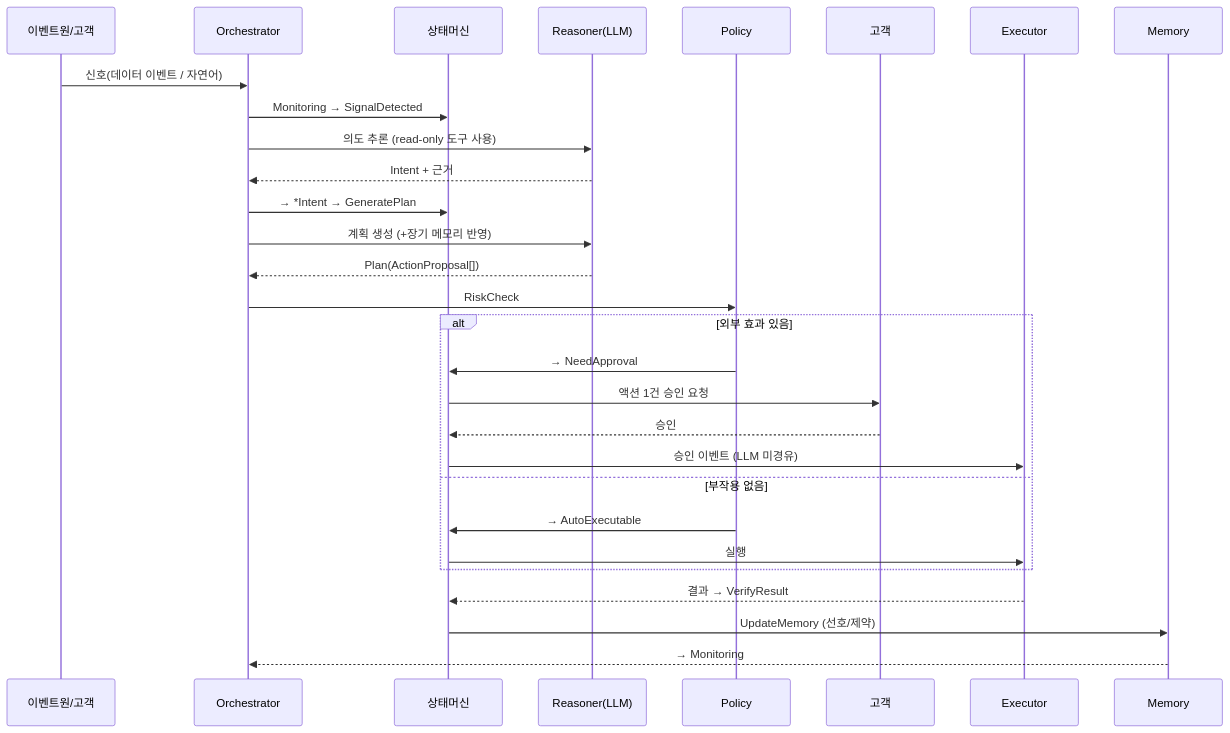
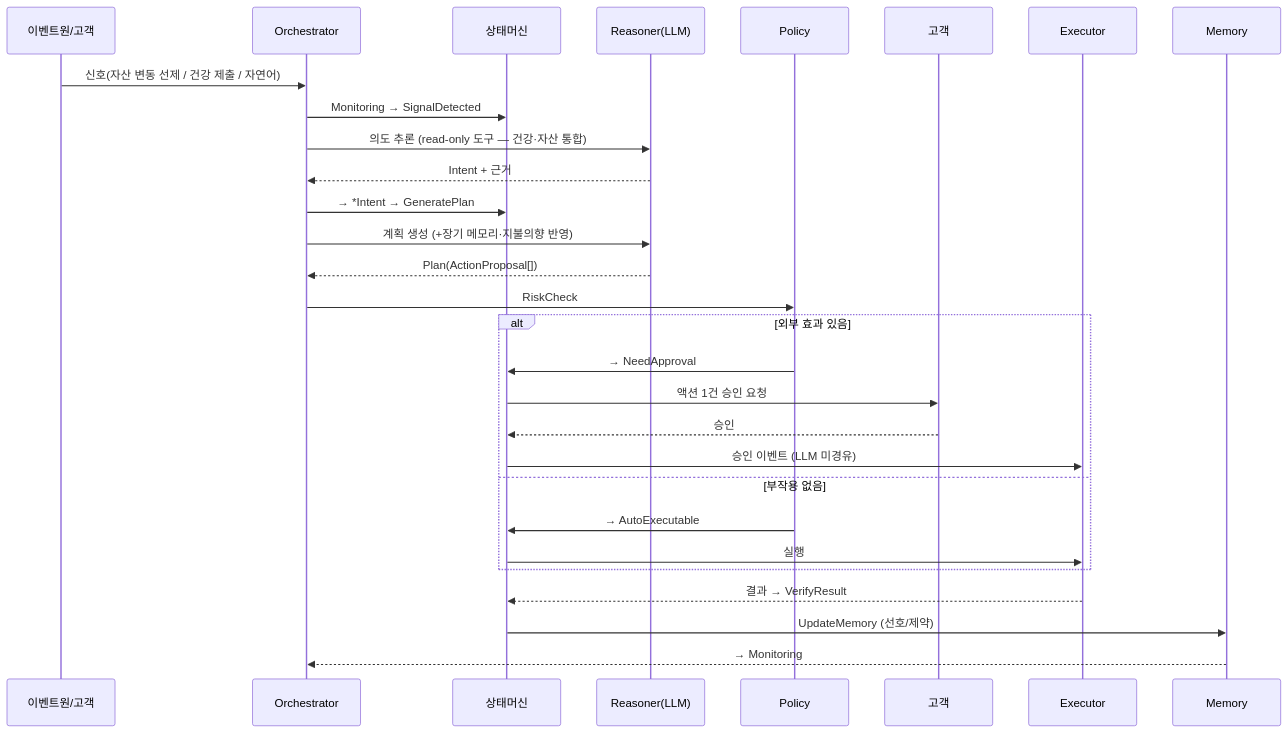
The second of 3 diagrams in docs/02_SYSTEM_ARCHITECTURE.md (YoonMin02/JB-WM-backend), drawn with Mermaid before and after one commit. The commit also changed other lines of this file and 11 other files, not shown here.

````diff
--- a/docs/02_SYSTEM_ARCHITECTURE.md
+++ b/docs/02_SYSTEM_ARCHITECTURE.md
@@ -74,32 +76,32 @@
 ```mermaid
 sequenceDiagram
     participant SRC as 이벤트원/고객
     participant ORCH as Orchestrator
     participant FSM as 상태머신
     participant R as Reasoner(LLM)
     participant POL as Policy
     participant U as 고객
     participant EX as Executor
     participant MEM as Memory
 
-    SRC->>ORCH: 신호(데이터 이벤트 / 자연어)
+    SRC->>ORCH: 신호(자산 변동 선제 / 건강 제출 / 자연어)
     ORCH->>FSM: Monitoring → SignalDetected
-    ORCH->>R: 의도 추론 (read-only 도구 사용)
+    ORCH->>R: 의도 추론 (read-only 도구 — 건강·자산 통합)
     R-->>ORCH: Intent + 근거
     ORCH->>FSM: → *Intent → GeneratePlan
-    ORCH->>R: 계획 생성 (+장기 메모리 반영)
+    ORCH->>R: 계획 생성 (+장기 메모리·지불의향 반영)
     R-->>ORCH: Plan(ActionProposal[])
     ORCH->>POL: RiskCheck
     alt 외부 효과 있음
         POL->>FSM: → NeedApproval
         FSM->>U: 액션 1건 승인 요청
         U-->>FSM: 승인
         FSM->>EX: 승인 이벤트 (LLM 미경유)
     else 부작용 없음
         POL->>FSM: → AutoExecutable
         FSM->>EX: 실행
     end
     EX-->>FSM: 결과 → VerifyResult
     FSM->>MEM: UpdateMemory (선호/제약)
     MEM-->>ORCH: → Monitoring
 ```
````
